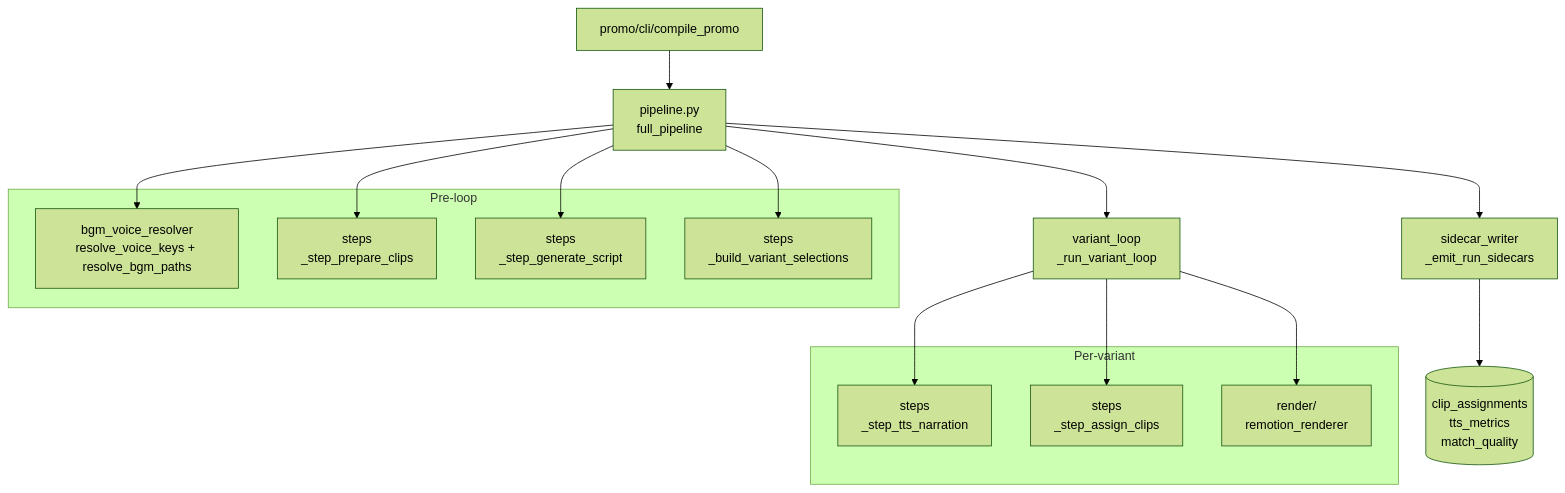
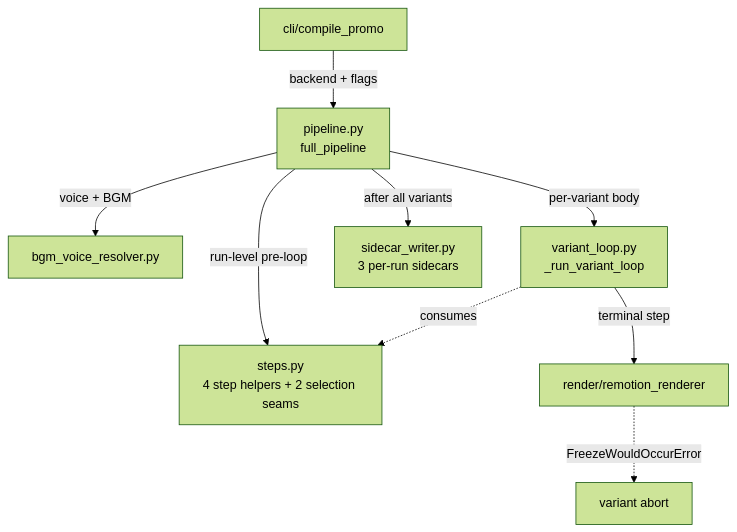
One commit to Leo86868/Promo-Pipeline changed the diagram in promo/core/pipeline/architecture.md. Above: the diagram before and after it, drawn with Mermaid (forest theme). The commit also changed other lines of this file, not shown here.

First paragraph of the commit message:
docs(pipeline): I/O-contract rewrite + Vocabulary + orchestration mermaid + step-count fix (S3.6 commit 11/13)
5 .py orchestration files (pipeline + steps + variant_loop +
sidecar_writer + bgm_voice_resolver) rewritten in I/O-contract style.

````diff
--- a/promo/core/pipeline/architecture.md
+++ b/promo/core/pipeline/architecture.md
@@ -20,30 +26,11 @@
 ```mermaid
 flowchart TD
-    CLI[promo/cli/compile_promo] --> FP[pipeline.py<br/>full_pipeline]
-
-    subgraph PreLoop[Pre-loop]
-        BVR[bgm_voice_resolver<br/>resolve_voice_keys + resolve_bgm_paths]
-        SP[steps<br/>_step_prepare_clips]
-        SG[steps<br/>_step_generate_script]
-        BVS[steps<br/>_build_variant_selections]
-    end
-
-    FP --> BVR
-    FP --> SP
-    FP --> SG
-    FP --> BVS
-
-    FP --> VL[variant_loop<br/>_run_variant_loop]
-    subgraph PerVariant[Per-variant]
-        ST[steps<br/>_step_tts_narration]
-        SA[steps<br/>_step_assign_clips]
-        R[render/<br/>remotion_renderer]
-    end
-
-    VL --> ST
-    VL --> SA
-    VL --> R
-
-    FP --> SW[sidecar_writer<br/>_emit_run_sidecars]
-    SW --> SC[(clip_assignments<br/>tts_metrics<br/>match_quality)]
+    CLI[cli/compile_promo] -->|backend + flags| FP[pipeline.py<br/>full_pipeline]
+    FP -->|run-level pre-loop| STEPS[steps.py<br/>4 step helpers + 2 selection seams]
+    FP -->|voice + BGM| BVR[bgm_voice_resolver.py]
+    FP -->|per-variant body| VL[variant_loop.py<br/>_run_variant_loop]
+    VL -.consumes.-> STEPS
+    VL -->|terminal step| R[render/remotion_renderer]
+    R -.FreezeWouldOccurError.-> ABORT[variant abort]
+    FP -->|after all variants| SW[sidecar_writer.py<br/>3 per-run sidecars]
 ```
````
